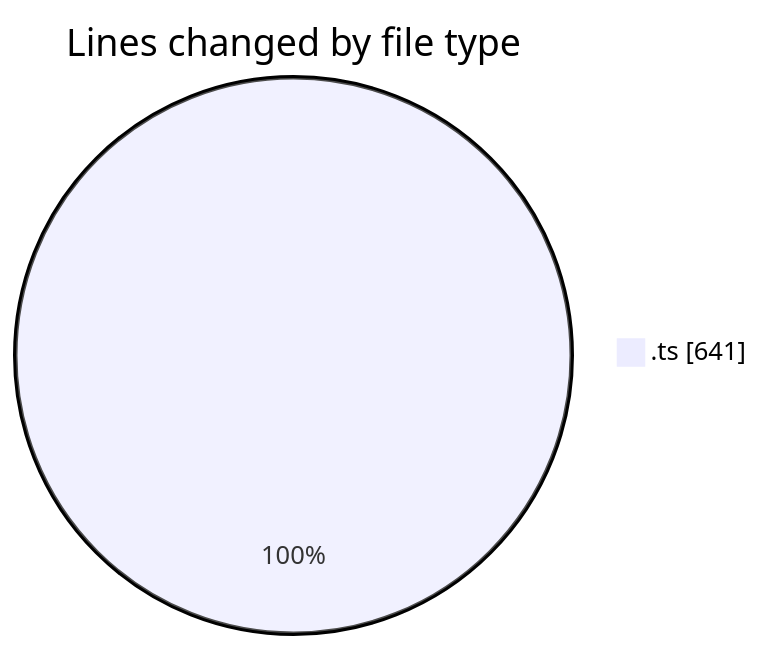
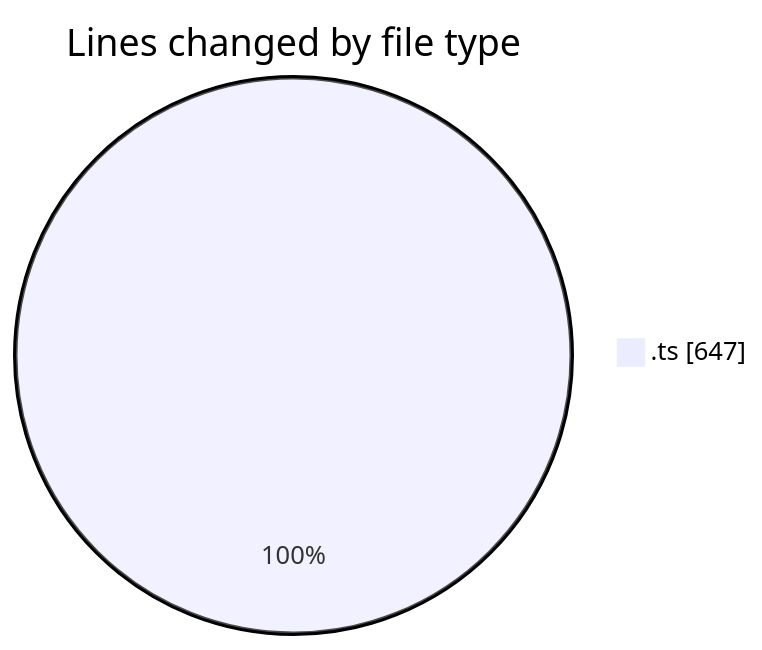
One commit to momahboobian/code-tracking changed the first of 2 diagrams in 2025-06-26/cda/README.md. Above: the diagram before and after it, drawn with Mermaid. The commit also changed other lines of this file and 1 other file, not shown here.

````diff
--- a/2025-06-26/cda/README.md
+++ b/2025-06-26/cda/README.md
@@ -20,5 +20,5 @@
 ```mermaid
 pie showData
 title Lines changed by file type
-".ts" : 641
+".ts" : 647
 ```
````
